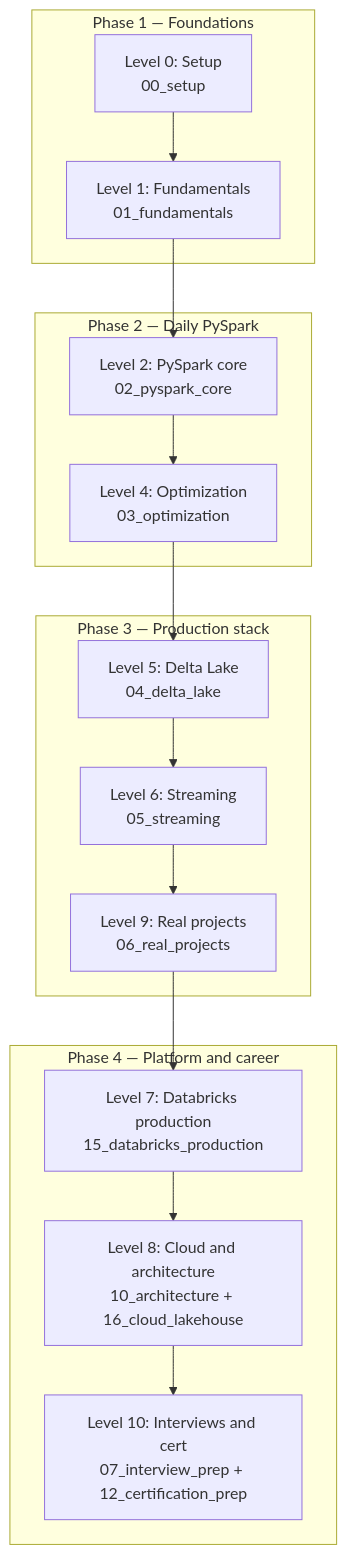
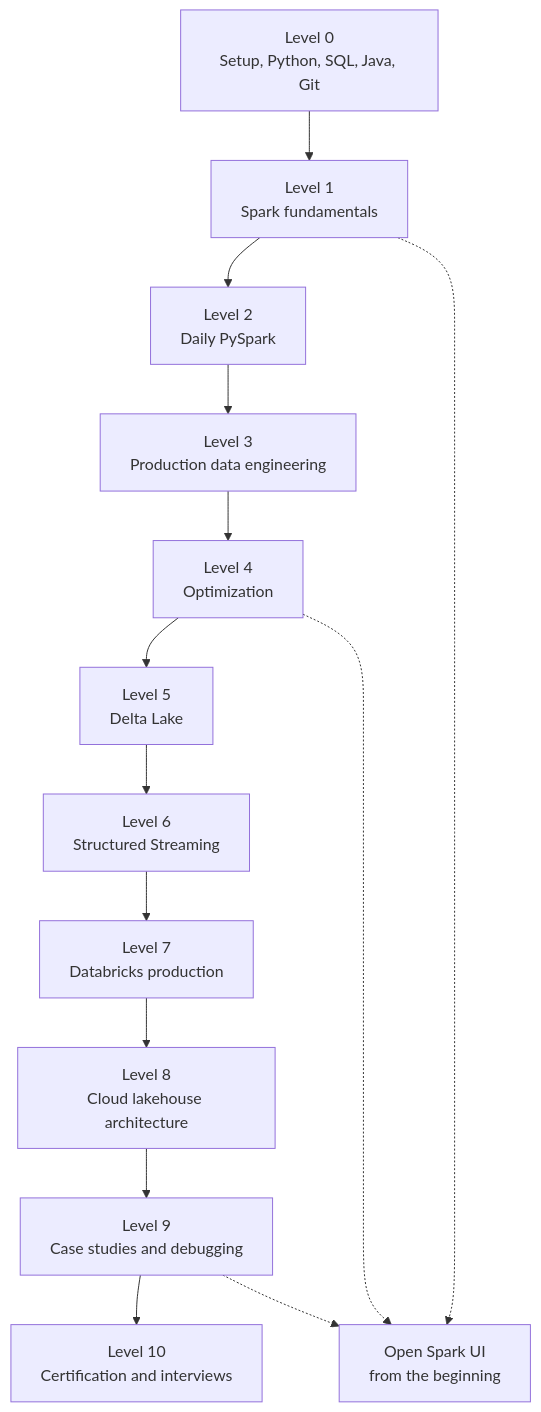
One commit to Ishan01official/spark-learning-lab changed the diagram in diagrams/01_learning_roadmap.md. Above: the diagram before and after it, drawn with Mermaid. The commit also changed other lines of this file and 64 other files, not shown here.

````diff
--- a/diagrams/01_learning_roadmap.md
+++ b/diagrams/01_learning_roadmap.md
@@ -18,28 +17,17 @@
 ```mermaid
 flowchart TB
-    subgraph P1["Phase 1 — Foundations"]
-        L0["Level 0: Setup<br/>00_setup"]
-        L1["Level 1: Fundamentals<br/>01_fundamentals"]
-    end
+    L0["Level 0<br/>Setup, Python, SQL, Java, Git"] --> L1["Level 1<br/>Spark fundamentals"]
+    L1 --> L2["Level 2<br/>Daily PySpark"]
+    L2 --> L3["Level 3<br/>Production data engineering"]
+    L3 --> L4["Level 4<br/>Optimization"]
+    L4 --> L5["Level 5<br/>Delta Lake"]
+    L5 --> L6["Level 6<br/>Structured Streaming"]
+    L6 --> L7["Level 7<br/>Databricks production"]
+    L7 --> L8["Level 8<br/>Cloud lakehouse architecture"]
+    L8 --> L9["Level 9<br/>Case studies and debugging"]
+    L9 --> L10["Level 10<br/>Certification and interviews"]
 
-    subgraph P2["Phase 2 — Daily PySpark"]
-        L2["Level 2: PySpark core<br/>02_pyspark_core"]
-        L4["Level 4: Optimization<br/>03_optimization"]
-    end
-
-    subgraph P3["Phase 3 — Production stack"]
-        L5["Level 5: Delta Lake<br/>04_delta_lake"]
-        L6["Level 6: Streaming<br/>05_streaming"]
-        L9["Level 9: Real projects<br/>06_real_projects"]
-    end
-
-    subgraph P4["Phase 4 — Platform and career"]
-        L7["Level 7: Databricks production<br/>15_databricks_production"]
-        L8["Level 8: Cloud and architecture<br/>10_architecture + 16_cloud_lakehouse"]
-        L10["Level 10: Interviews and cert<br/>07_interview_prep + 12_certification_prep"]
-    end
-
-    L0 --> L1 --> L2 --> L4
-    L4 --> L5 --> L6 --> L9
-    L9 --> L7 --> L8 --> L10
+    L1 -.-> UI["Open Spark UI<br/>from the beginning"]
+    L4 -.-> UI
+    L9 -.-> UI
 ```
````
